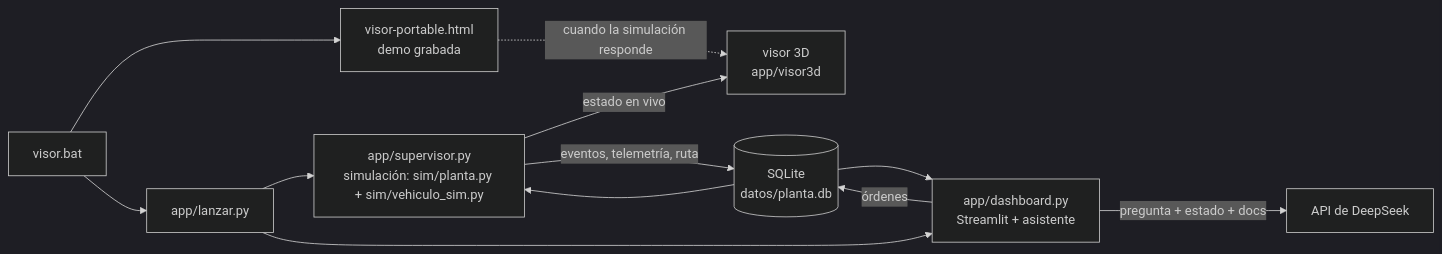
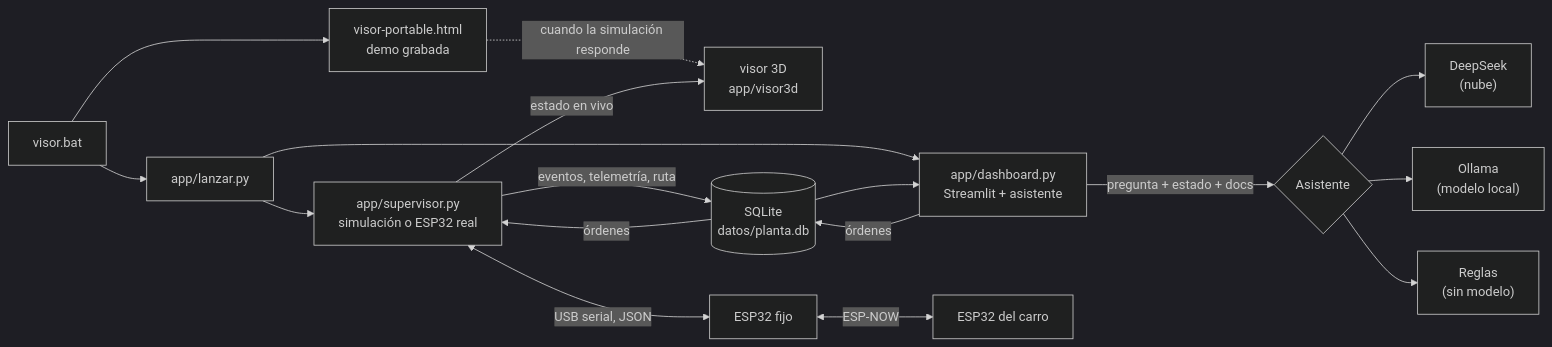
The third of 4 diagrams in proyecto-final/README.md (Dathinel/Sensores-Teoria), drawn with Mermaid (dark theme) before and after one commit. The commit also changed other lines of this file and 32 other files, not shown here.

First line of the commit message:
Carro con mapa de zonas, asistente que no promete lo imposible, README a fondo

````diff
--- a/proyecto-final/README.md
+++ b/proyecto-final/README.md
@@ -48,13 +410,19 @@
 ```mermaid
 flowchart LR
-    B[visor.bat] --> P[visor-portable.html<br/>demo grabada]
-    P -. cuando la simulación responde .-> V
-    B --> L[app/lanzar.py]
-    L --> S[app/supervisor.py<br/>simulación: sim/planta.py + sim/vehiculo_sim.py]
-    L --> D[app/dashboard.py<br/>Streamlit + asistente]
-    D -- pregunta + estado + docs --> API[API de DeepSeek]
-    S -- estado en vivo --> V[visor 3D<br/>app/visor3d]
-    S -- eventos, telemetría, ruta --> DB[(SQLite<br/>datos/planta.db)]
+    B["visor.bat"] --> P["visor-portable.html<br/>demo grabada"]
+    P -. "cuando la simulación responde" .-> V
+    B --> L["app/lanzar.py"]
+    L --> S["app/supervisor.py<br/>simulación o ESP32 real"]
+    L --> D["app/dashboard.py<br/>Streamlit + asistente"]
+    S -- "estado en vivo" --> V["visor 3D<br/>app/visor3d"]
+    S -- "eventos, telemetría, ruta" --> DB[("SQLite<br/>datos/planta.db")]
     DB --> D
-    D -- órdenes --> DB --> S
+    D -- "órdenes" --> DB
+    DB -- "órdenes" --> S
+    D -- "pregunta + estado + docs" --> AS{"Asistente"}
+    AS --> DS["DeepSeek<br/>(nube)"]
+    AS --> OL["Ollama<br/>(modelo local)"]
+    AS --> RG["Reglas<br/>(sin modelo)"]
+    S <-->|"USB serial, JSON"| F["ESP32 fijo"]
+    F <-->|"ESP-NOW"| C["ESP32 del carro"]
 ```
````
